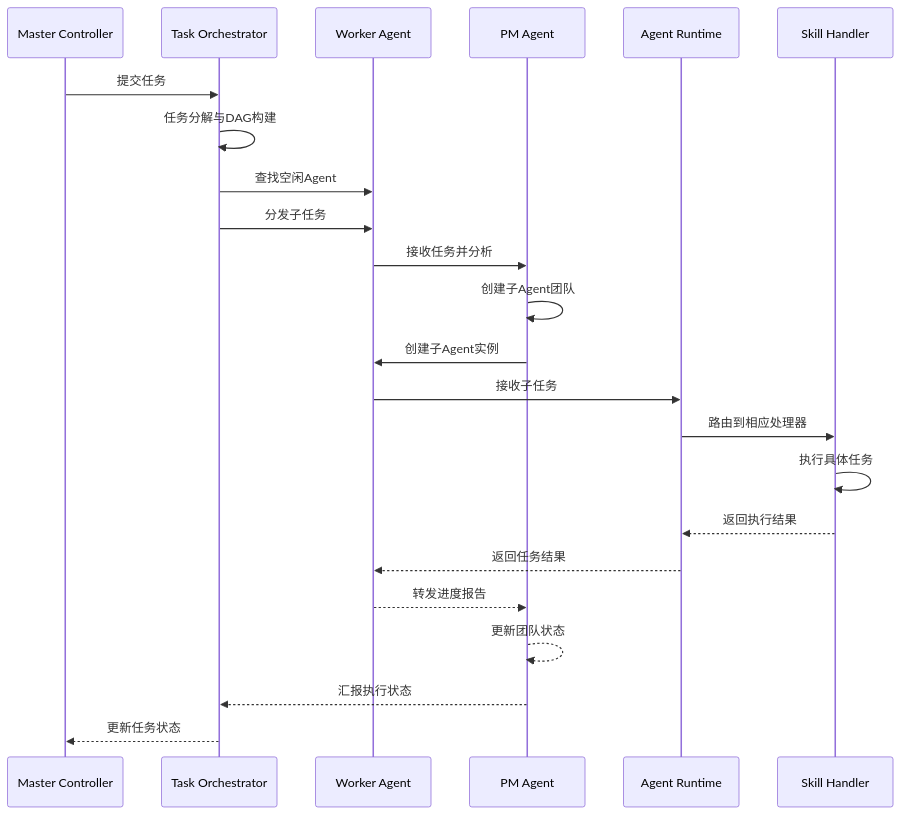
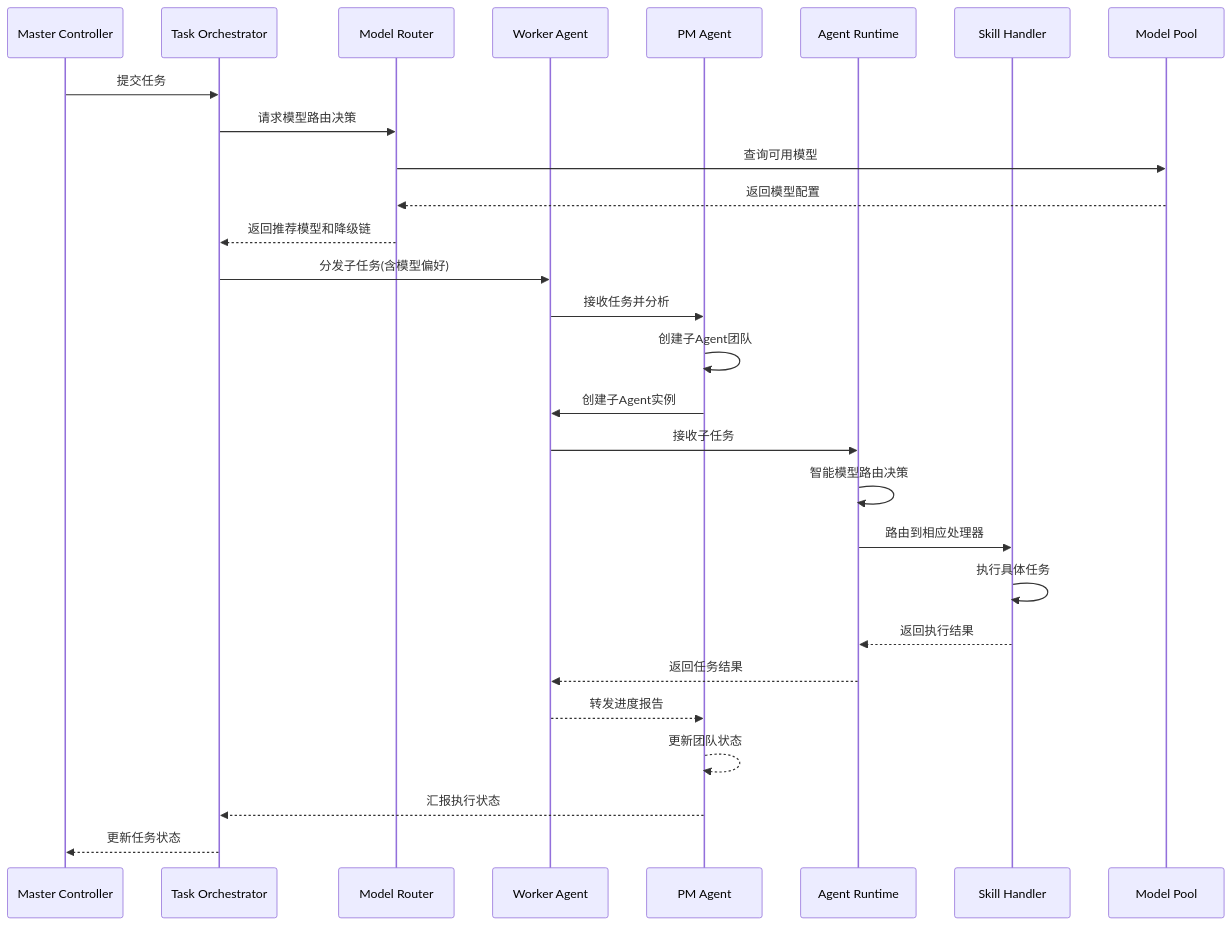
The second of 17 diagrams in .qoder/repowiki/zh/content/架构设计/Worker 代理/Agent 能力声明系统/Agent 运行时管理.md (targalian/Personal-distributed-workstation), drawn with Mermaid before and after one commit. The commit also changed other lines of this file and 64 other files, not shown here.

````diff
--- a/.qoder/repowiki/zh/content/架构设计/Worker 代理/Agent 能力声明系统/Agent 运行时管理.md
+++ b/.qoder/repowiki/zh/content/架构设计/Worker 代理/Agent 能力声明系统/Agent 运行时管理.md
@@ -144,25 +157,30 @@
 ```mermaid
 sequenceDiagram
 participant Master as Master Controller
 participant Orchestrator as Task Orchestrator
+participant ModelRouter as Model Router
 participant Worker as Worker Agent
 participant PM as PM Agent
 participant Runtime as Agent Runtime
 participant Handler as Skill Handler
+participant ModelPool as Model Pool
 Master->>Orchestrator : 提交任务
-Orchestrator->>Orchestrator : 任务分解与DAG构建
-Orchestrator->>Worker : 查找空闲Agent
-Orchestrator->>Worker : 分发子任务
+Orchestrator->>ModelRouter : 请求模型路由决策
+ModelRouter->>ModelPool : 查询可用模型
+ModelPool-->>ModelRouter : 返回模型配置
+ModelRouter-->>Orchestrator : 返回推荐模型和降级链
+Orchestrator->>Worker : 分发子任务(含模型偏好)
 Worker->>PM : 接收任务并分析
 PM->>PM : 创建子Agent团队
 PM->>Worker : 创建子Agent实例
 Worker->>Runtime : 接收子任务
+Runtime->>Runtime : 智能模型路由决策
 Runtime->>Handler : 路由到相应处理器
 Handler->>Handler : 执行具体任务
 Handler-->>Runtime : 返回执行结果
 Runtime-->>Worker : 返回任务结果
 Worker-->>PM : 转发进度报告
 PM-->>PM : 更新团队状态
 PM-->>Orchestrator : 汇报执行状态
 Orchestrator-->>Master : 更新任务状态
 ```
````
